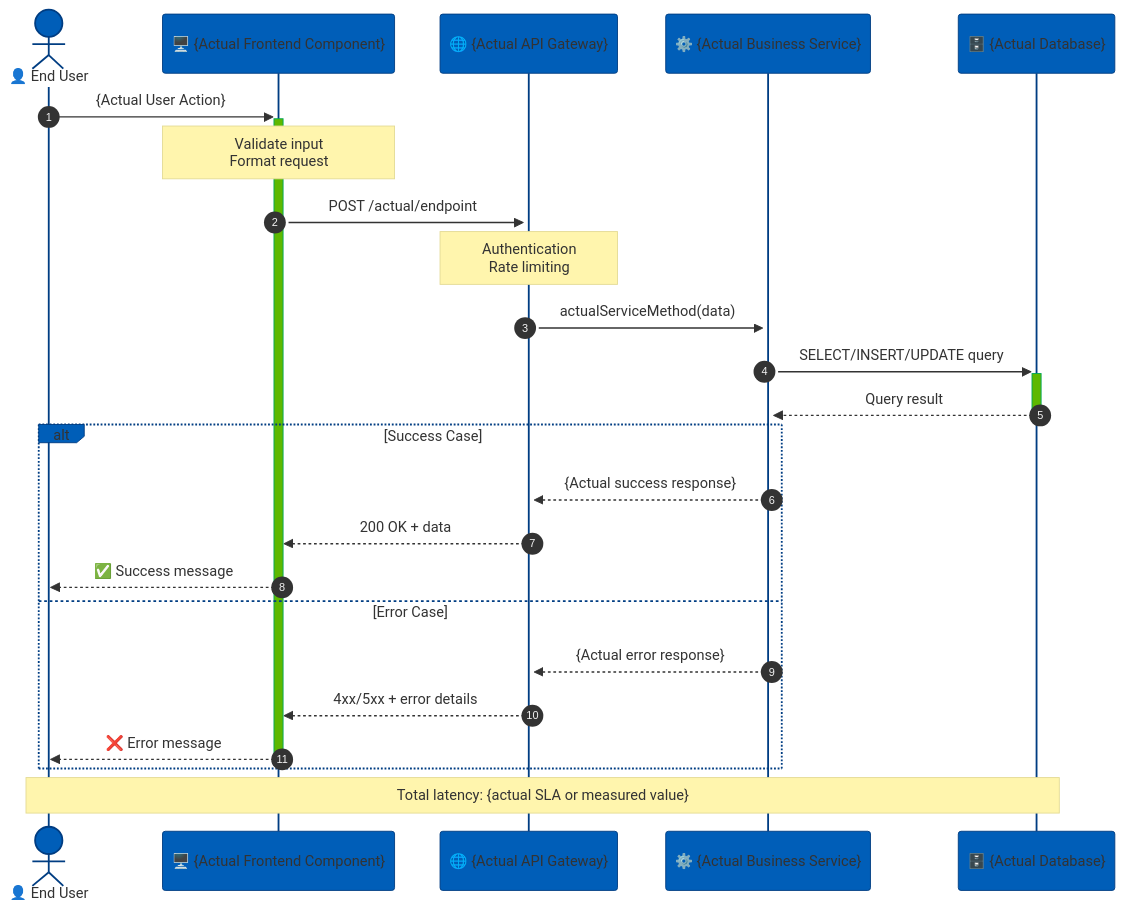
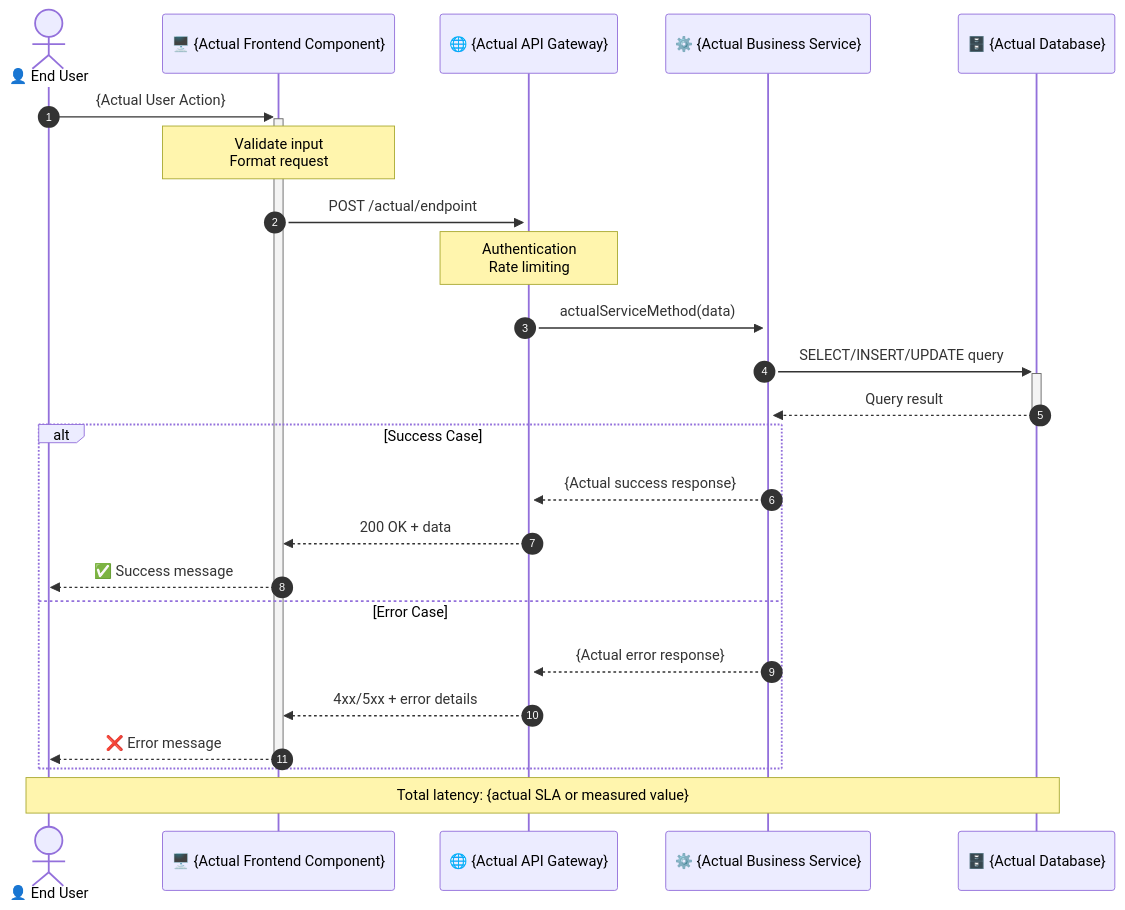
The fifth of 7 diagrams in .github/agents/document_metlife_format_project.agent.md (andresveraf/Prompts_collection), drawn with Mermaid before and after one commit. The commit also changed other lines of this file and 12 other files, not shown here.

````diff
--- a/.github/agents/document_metlife_format_project.agent.md
+++ b/.github/agents/document_metlife_format_project.agent.md
@@ -401,33 +708,33 @@
 ```mermaid
-%%{init: {'theme':'base', 'themeVariables': {'primaryColor':'#005EB8','actorBorder':'#003d82','activationBorderColor':'#00A758'}}}%%
 sequenceDiagram
+    %% NO %%{init:...}%% directive - use global mermaid.initialize() instead
     autonumber
     
     actor User as 👤 End User
     participant Frontend as 🖥️ {Actual Frontend Component}
     participant API as 🌐 {Actual API Gateway}
     participant Service as ⚙️ {Actual Business Service}
     participant DB as 🗄️ {Actual Database}
     
     User->>+Frontend: {Actual User Action}
     Note over Frontend: Validate input<br/>Format request
     
     Frontend->>+API: POST /actual/endpoint
     Note over API: Authentication<br/>Rate limiting
     
     API->>+Service: actualServiceMethod(data)
     Service->>+DB: SELECT/INSERT/UPDATE query
     DB-->>-Service: Query result
     
     alt Success Case
         Service-->>API: {Actual success response}
         API-->>Frontend: 200 OK + data
         Frontend-->>User: ✅ Success message
     else Error Case
         Service-->>API: {Actual error response}
         API-->>Frontend: 4xx/5xx + error details
         Frontend-->>-User: ❌ Error message
     end
     
     Note over User,DB: Total latency: {actual SLA or measured value}
 ```
````
